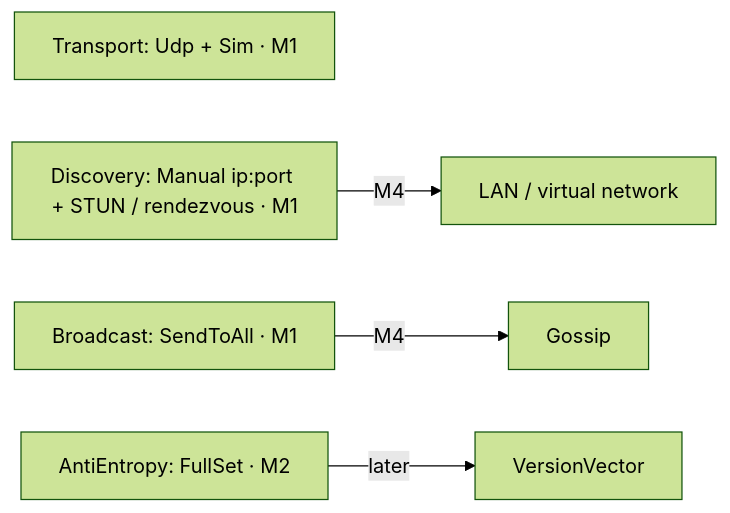
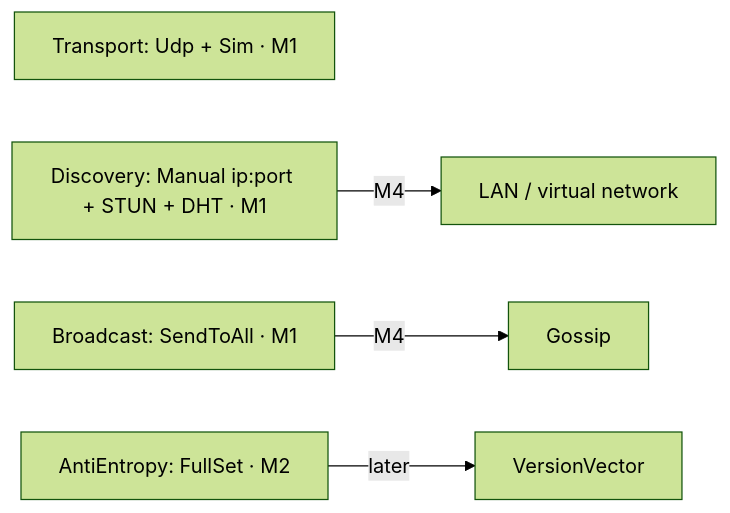
One commit to Student-Team-Projects/Most-Overkilled-Whiteboard-for-ArchLinux changed the third of 4 diagrams in docs/architecture.md. Above: the diagram before and after it, drawn with Mermaid (forest theme). The commit also changed other lines of this file and 11 other files, not shown here.

Commit message:
G29: internet connect via candidates, STUN and a DHT rendezvous (ADR 0025)

````diff
--- a/docs/architecture.md
+++ b/docs/architecture.md
@@ -54,7 +54,7 @@
 ```mermaid
 flowchart LR
     tr["Transport: Udp + Sim · M1"]
-    di0["Discovery: Manual ip:port + STUN / rendezvous · M1"] -->|M4| di1["LAN / virtual network"]
+    di0["Discovery: Manual ip:port + STUN + DHT · M1"] -->|M4| di1["LAN / virtual network"]
     br0["Broadcast: SendToAll · M1"] -->|M4| br1["Gossip"]
     ae0["AntiEntropy: FullSet · M2"] -->|later| ae1["VersionVector"]
 ```
````
